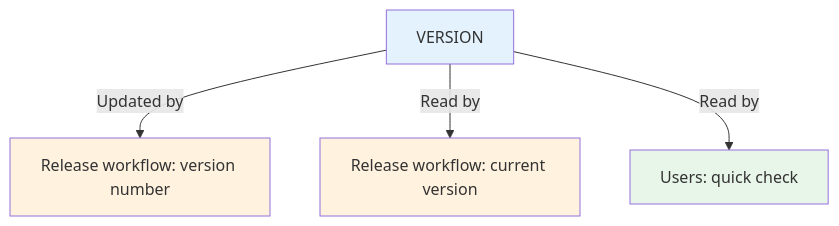
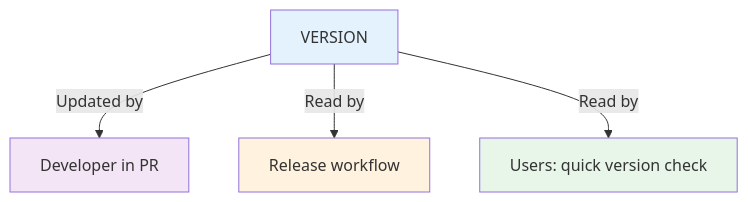
One commit to aopdal/ansible-role-aruba-cx-switch changed the third of 5 diagrams in docs/RELEASE_INTEGRATION.md. Above: the diagram before and after it, drawn with Mermaid. The commit also changed other lines of this file and 3 other files, not shown here.

First line of the commit message:
docs: update release docs for new workflow

````diff
--- a/docs/RELEASE_INTEGRATION.md
+++ b/docs/RELEASE_INTEGRATION.md
@@ -294,12 +190,12 @@
 ```mermaid
 graph TD
     VERSION[VERSION]
-    VERSION --> |Updated by| RW1[Release workflow: version number]
-    VERSION --> |Read by| RW2[Release workflow: current version]
-    VERSION --> |Read by| Users1[Users: quick check]
+    VERSION --> |Updated by| Dev[Developer in PR]
+    VERSION --> |Read by| RW[Release workflow]
+    VERSION --> |Read by| Users[Users: quick version check]
 
     style VERSION fill:#e3f2fd
-    style RW1 fill:#fff3e0
-    style RW2 fill:#fff3e0
-    style Users1 fill:#e8f5e9
+    style Dev fill:#f3e5f5
+    style RW fill:#fff3e0
+    style Users fill:#e8f5e9
 ```
````
